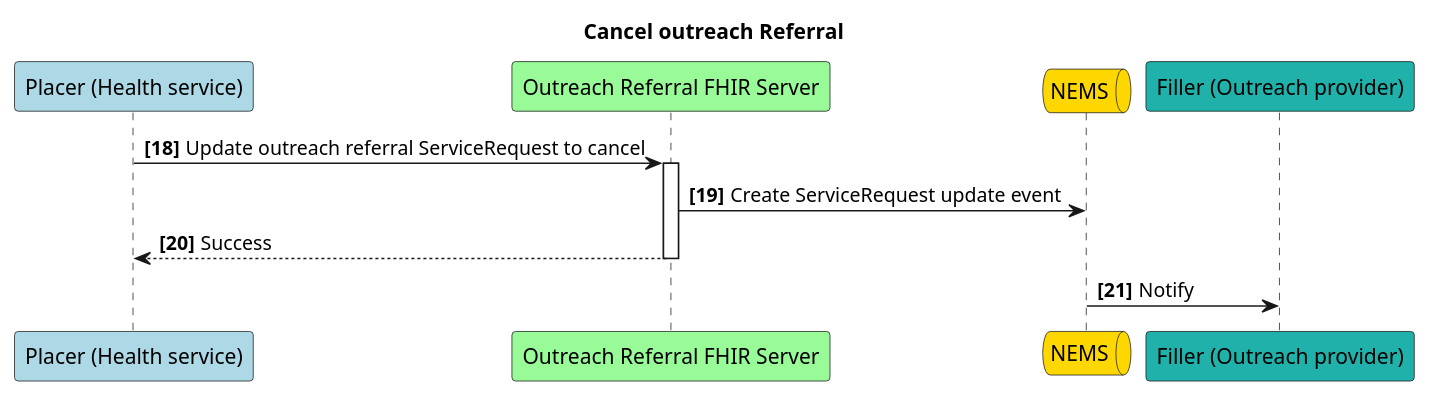
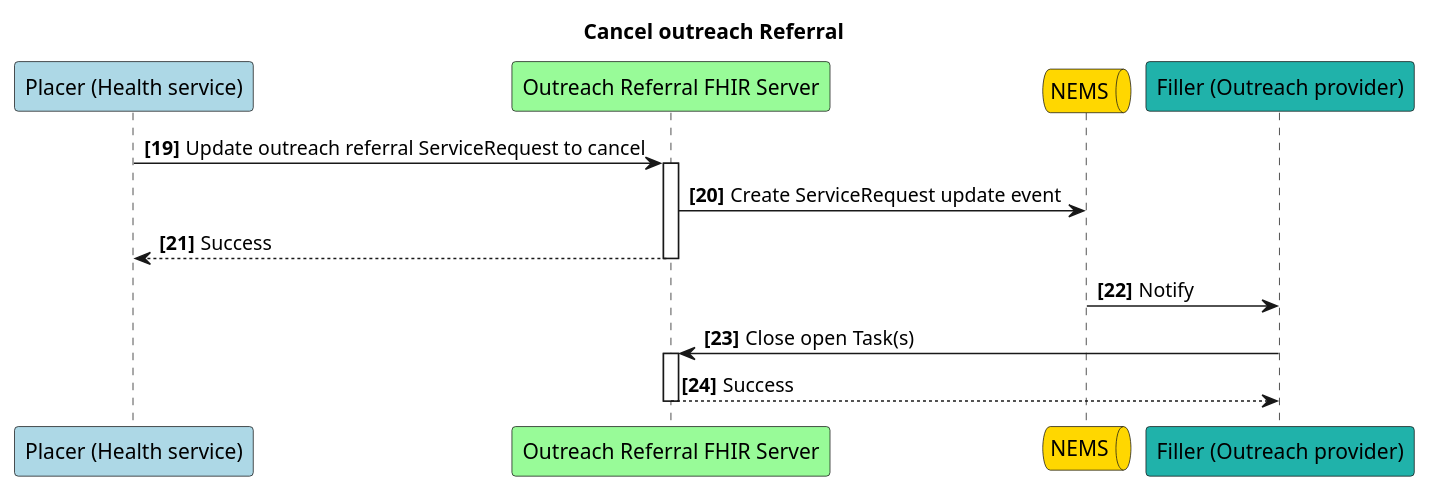
Before and after one commit to tewhatuora/cinc-fhir-ig: the diagram in input/images-source/outreach-cancel-outreach-referral.plantuml, drawn with PlantUML. The commit also changed 2 other files, not shown here.

Commit message:
updated sequence diagrams

```diff
--- a/input/images-source/outreach-cancel-outreach-referral.plantuml
+++ b/input/images-source/outreach-cancel-outreach-referral.plantuml
@@ -1,15 +1,18 @@
 @startuml
-autonumber 18 "<b>[00]"
+autonumber 19 "<b>[00]"
 Participant "Placer (Health service)" as p #lightblue
 participant "Outreach Referral FHIR Server" as s #palegreen
 queue "NEMS" as n #gold
 Participant "Filler (Outreach provider)" as f #LightSeaGreen
 
 title Cancel outreach Referral
 
 p -> s++: Update outreach referral ServiceRequest to cancel
 s -> n: Create ServiceRequest update event
 return Success
 n -> f: Notify
 
+f -> s++: Close open Task(s)
+Return Success
+
 @enduml
```
